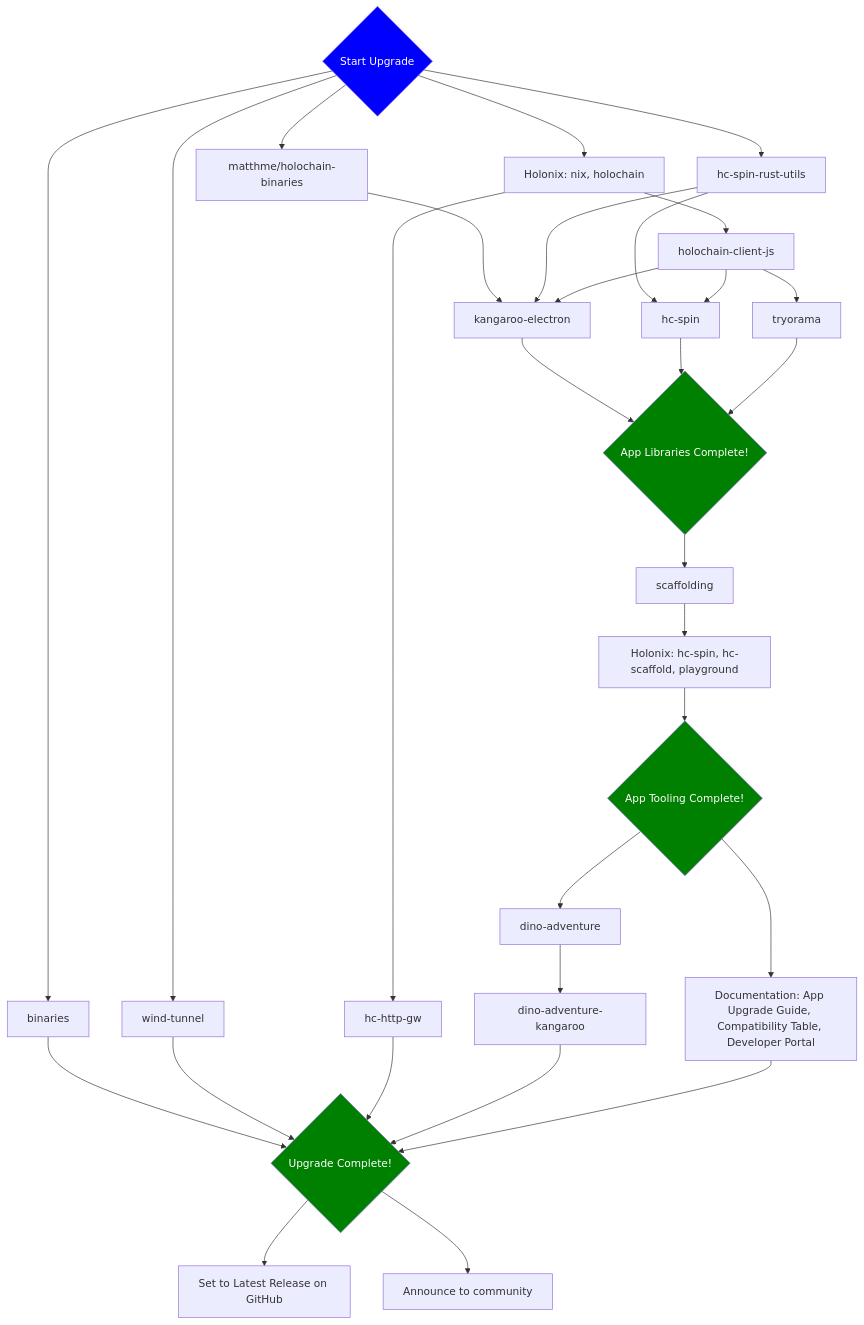
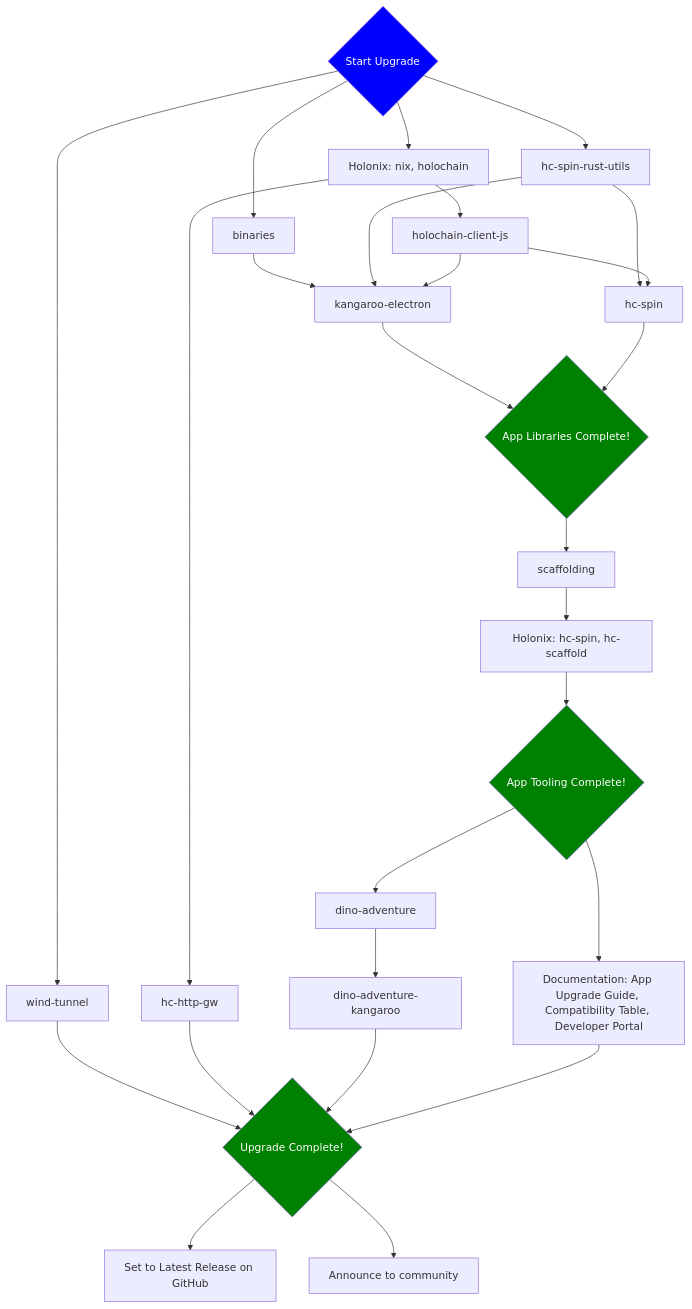
The diagram in .github/ISSUE_TEMPLATE/release_checklist.md (holochain/holochain), drawn with Mermaid before and after one commit. The commit also changed other lines of this file, not shown here.

Commit message:
chore: remove unmaintained tools from release checklist

````diff
--- a/.github/ISSUE_TEMPLATE/release_checklist.md
+++ b/.github/ISSUE_TEMPLATE/release_checklist.md
@@ -10,79 +10,71 @@
 ```mermaid
 flowchart TB
     %% Start flow
     Start{Start Upgrade}
 
     Start --> Binaries[binaries]
     Start --> WindTunnel[wind-tunnel]
-    Start --> MatthmeBinaries[matthme/holochain-binaries]
     Start --> Holonix1[Holonix: nix, holochain]
     Start --> HcSpinRustUtils[hc-spin-rust-utils]
 
     %% binaries
-    Binaries --> Complete
+    Binaries --> Kangaroo[kangaroo-electron]
 
     %% wind-tunnel
     WindTunnel --> Complete
-
-    %% matthme binaries
-    MatthmeBinaries ---> Kangaroo[kangaroo-electron]
 
     %% hc-spin-rust-utils
     HcSpinRustUtils --> Kangaroo
     HcSpinRustUtils ---> HcSpin
 
     %% kangaroo
     Kangaroo --> AppLibsComplete
 
     %% holonix
     Holonix1 --> JSClient[holochain-client-js]
     Holonix1 --> HttpGw[hc-http-gw]
 
     %% hc-http-gw
     HttpGw --> Complete
 
     %% holochain-client-js
-    JSClient --> Tryorama[tryorama]
     JSClient --> HcSpin[hc-spin]
     JSClient --> Kangaroo
 
     %% hc-spin
     HcSpin --> AppLibsComplete
 
-    %% tryorama
-    Tryorama --> AppLibsComplete
-
     %% app libraries complete
     AppLibsComplete{App Libraries Complete!}
     AppLibsComplete --> Scaffold[scaffolding]
 
     %% scaffold
-    Scaffold --> Holonix2[Holonix: hc-spin, hc-scaffold, playground]
+    Scaffold --> Holonix2[Holonix: hc-spin, hc-scaffold]
     
     %% holonix (again)
     Holonix2 --> AppToolsComplete{App Tooling Complete!}
 
     %% app tools complete
     AppToolsComplete --> DinoAdventure[dino-adventure]
     AppToolsComplete --> Documentation[Documentation: App Upgrade Guide, Compatibility Table, Developer Portal]
 
     %% dino-adventure
     DinoAdventure --> DinoKangaroo[dino-adventure-kangaroo]
 
     %% dino-adventure-kangaroo
     DinoKangaroo --> Complete
 
     %% documentation
     Documentation --> Complete
 
     %% complete
     Complete{Upgrade Complete!}
     Complete --> SetToLatestReleaseGH[Set to Latest Release on GitHub]
     Complete --> Announce[Announce to community]
 
     %% styling 
     style Start fill:blue,color:white
     style Complete fill:green,color:white
     style AppLibsComplete fill:green,color:white
     style AppToolsComplete fill:green,color:white
 ```
````
